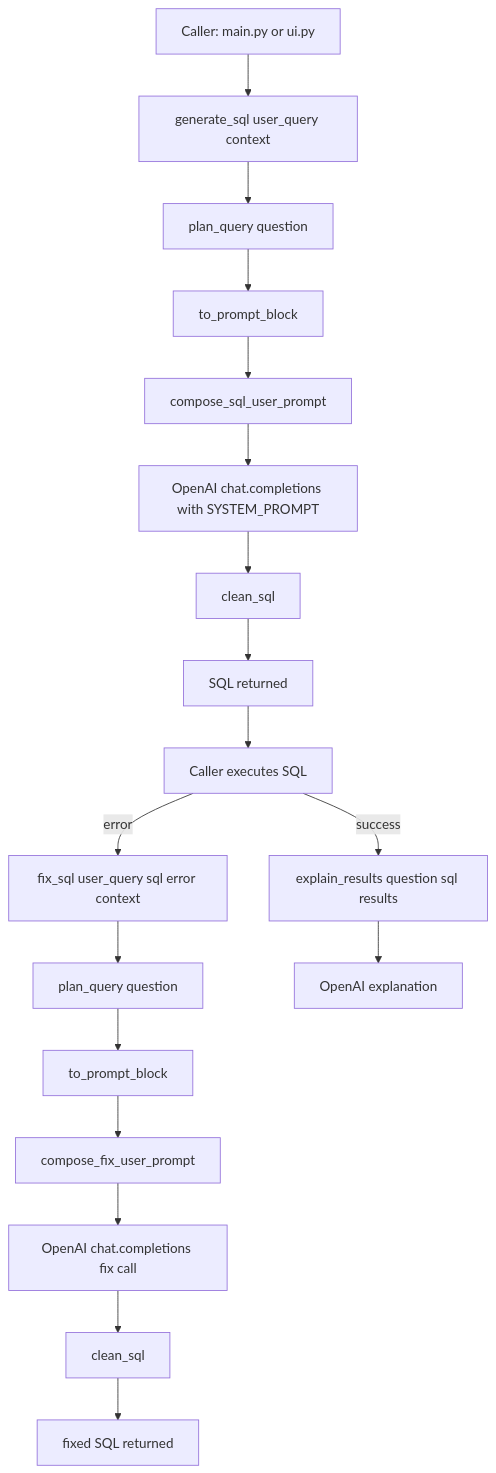
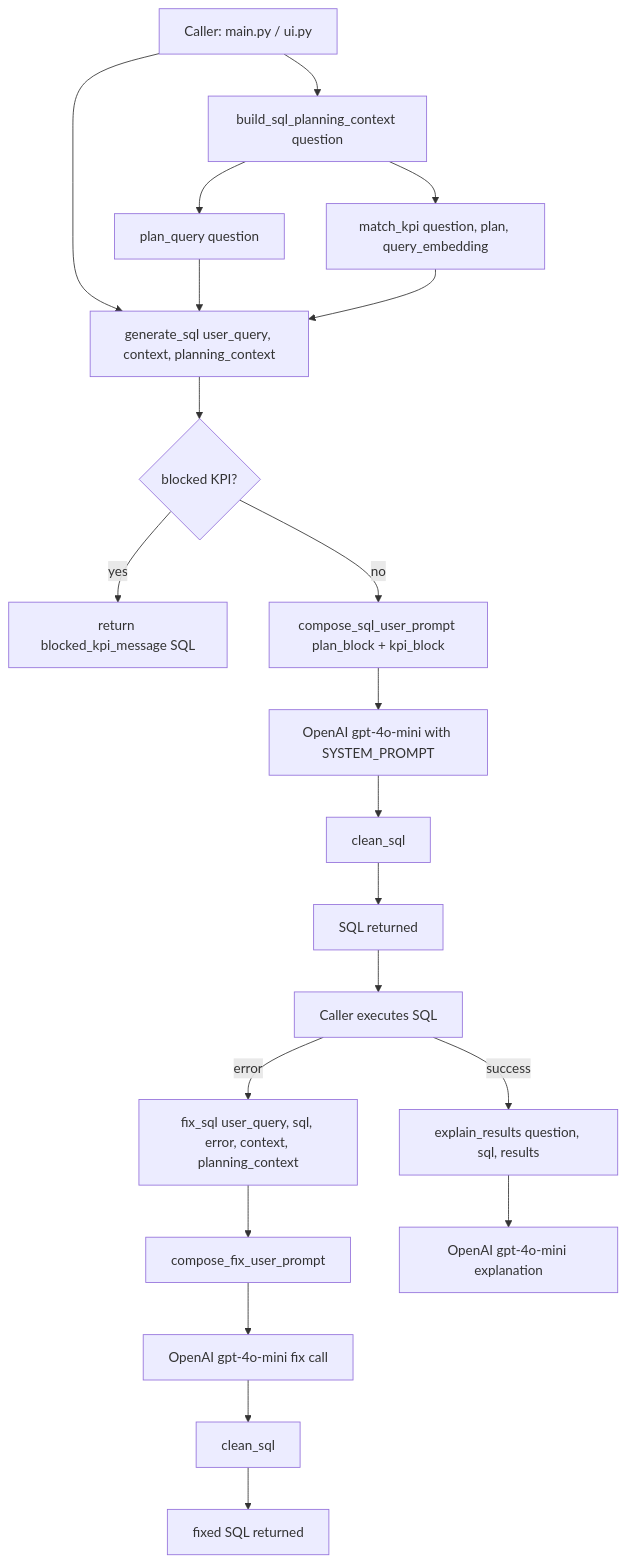
Before and after one commit to alikhanzadi/sql_llm: the second of 2 diagrams in docs/llm.md, drawn with Mermaid. The commit also changed other lines of this file and 17 other files, not shown here.

````diff
--- a/docs/llm.md
+++ b/docs/llm.md
@@ -68,22 +83,25 @@
 ```mermaid
 flowchart TD
-    A[Caller: main.py or ui.py] --> B[generate_sql user_query context]
+    A[Caller: main.py / ui.py] --> B[build_sql_planning_context question]
     B --> C[plan_query question]
-    C --> D[to_prompt_block]
-    D --> E[compose_sql_user_prompt]
-    E --> F[OpenAI chat.completions with SYSTEM_PROMPT]
-    F --> G[clean_sql]
-    G --> H[SQL returned]
+    B --> D[match_kpi question, plan, query_embedding]
+    A --> E[generate_sql user_query, context, planning_context]
+    C --> E
+    D --> E
+    E --> F{blocked KPI?}
+    F -->|yes| FB[return blocked_kpi_message SQL]
+    F -->|no| G[compose_sql_user_prompt plan_block + kpi_block]
+    G --> H[OpenAI gpt-4o-mini with SYSTEM_PROMPT]
+    H --> I[clean_sql]
+    I --> J[SQL returned]
 
-    H --> I[Caller executes SQL]
-    I -->|error| J[fix_sql user_query sql error context]
-    J --> K[plan_query question]
-    K --> L[to_prompt_block]
+    J --> K[Caller executes SQL]
+    K -->|error| L[fix_sql user_query, sql, error, context, planning_context]
     L --> M[compose_fix_user_prompt]
-    M --> N[OpenAI chat.completions fix call]
+    M --> N[OpenAI gpt-4o-mini fix call]
     N --> O[clean_sql]
     O --> P[fixed SQL returned]
 
-    I -->|success| Q[explain_results question sql results]
-    Q --> R[OpenAI explanation]
+    K -->|success| Q[explain_results question, sql, results]
+    Q --> R[OpenAI gpt-4o-mini explanation]
 ```
````
